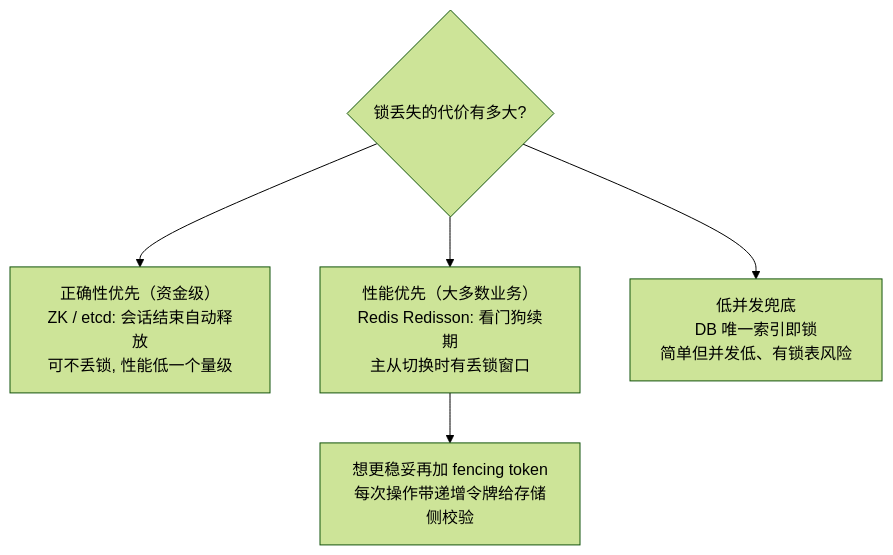
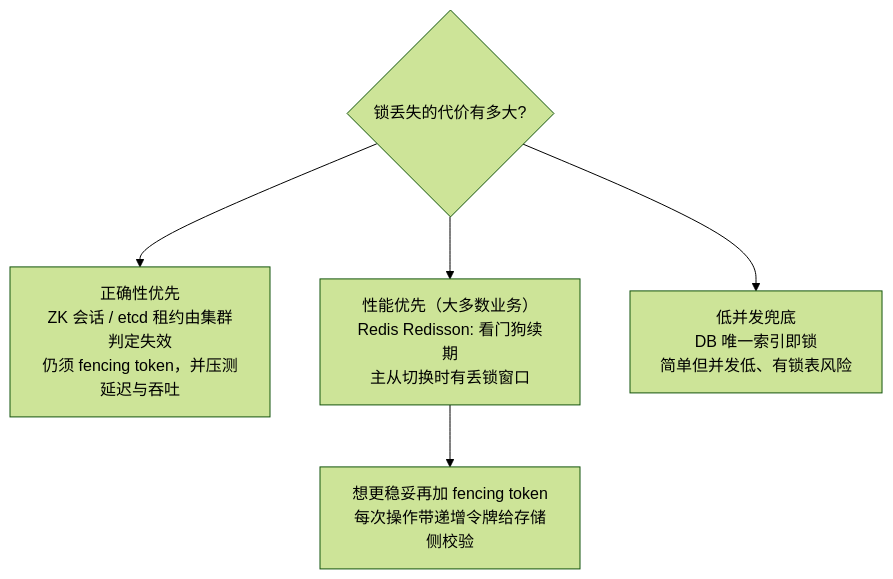
The ninth of 9 diagrams in docs/04-阶段四-微服务架构与分布式系统/03-分布式核心理论.md (CrazyForks/java-full-stack), drawn with Mermaid (forest theme) before and after one commit. The commit also changed other lines of this file and 58 other files, not shown here.

````diff
--- a/docs/04-阶段四-微服务架构与分布式系统/03-分布式核心理论.md
+++ b/docs/04-阶段四-微服务架构与分布式系统/03-分布式核心理论.md
@@ -471,7 +480,7 @@
 ```mermaid
 flowchart TD
-    A{"锁丢失的代价有多大?"} --> B["正确性优先（资金级）<br/>ZK / etcd: 会话结束自动释放<br/>可不丢锁, 性能低一个量级"]
+    A{"锁丢失的代价有多大?"} --> B["正确性优先<br/>ZK 会话 / etcd 租约由集群判定失效<br/>仍须 fencing token，并压测延迟与吞吐"]
     A --> C["性能优先（大多数业务）<br/>Redis Redisson: 看门狗续期<br/>主从切换时有丢锁窗口"]
     C --> E["想更稳妥再加 fencing token<br/>每次操作带递增令牌给存储侧校验"]
     A --> D["低并发兜底<br/>DB 唯一索引即锁<br/>简单但并发低、有锁表风险"]
 ```
````
